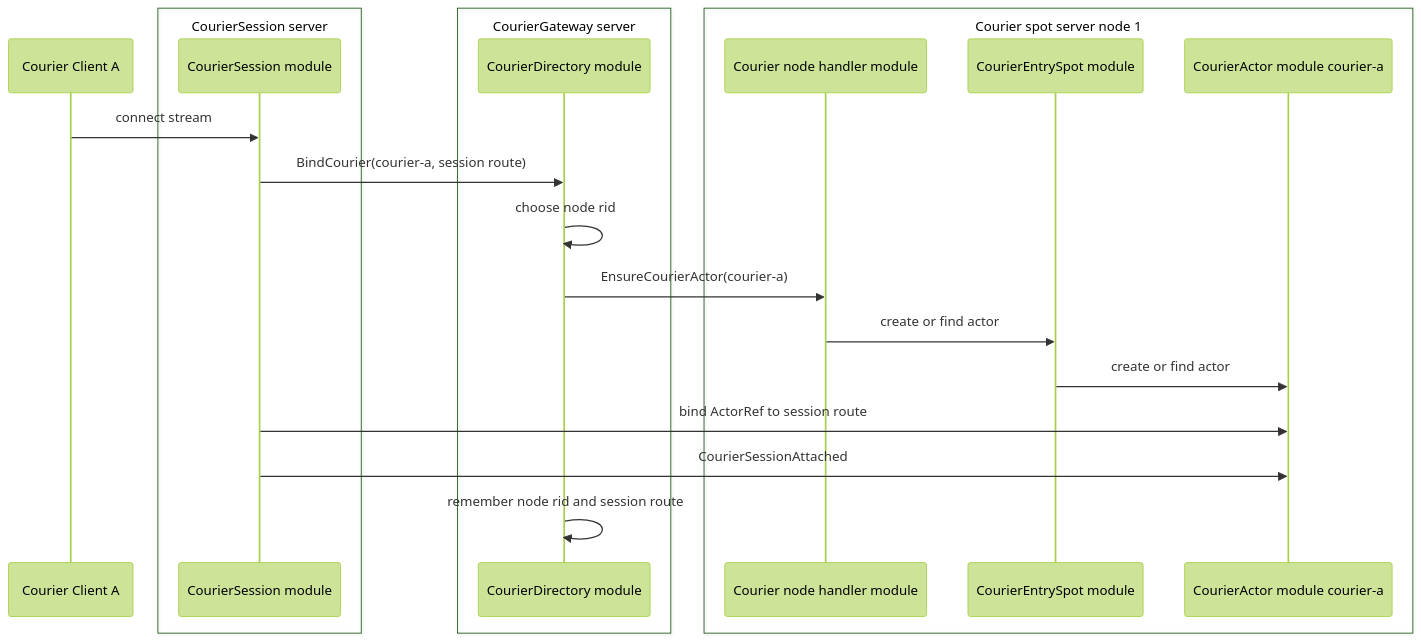
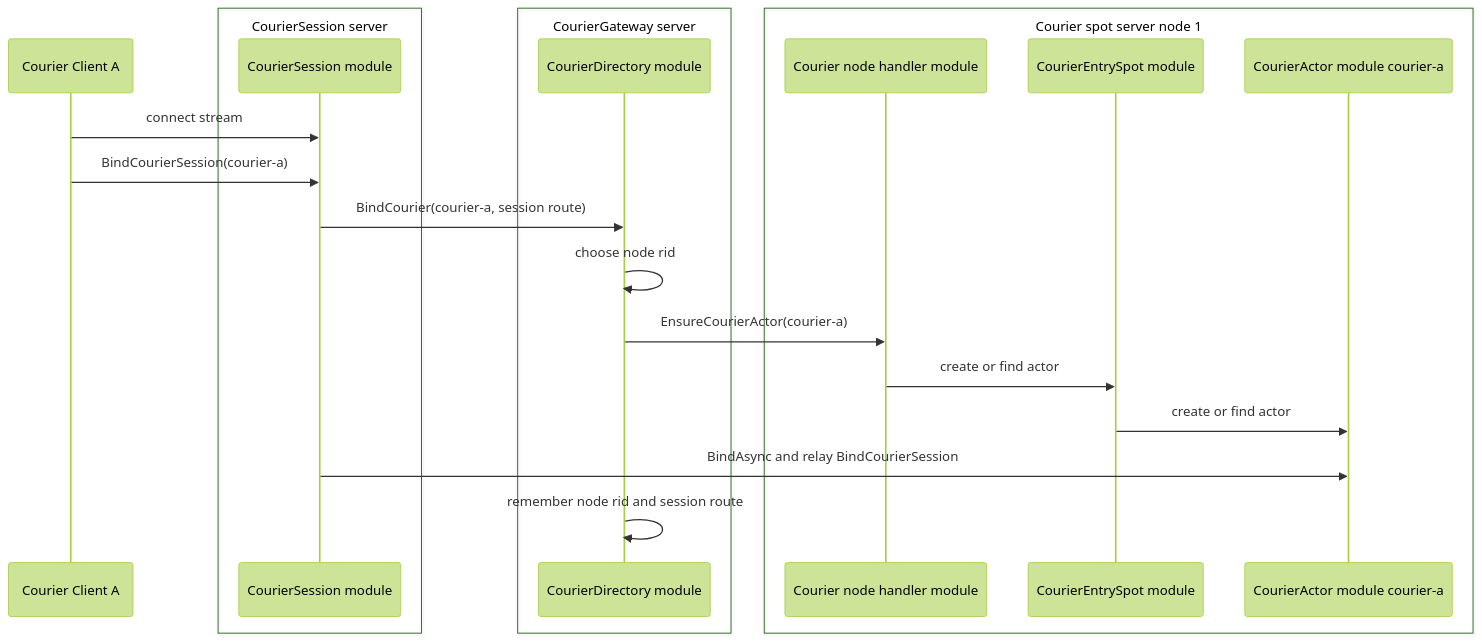
Before and after one commit to kairos-code-dev/zlink: the third of 4 diagrams in framework/languages/dotnet/samples/DeliveryDispatch/README.ko.md, drawn with Mermaid (forest theme). The commit also changed other lines of this file and 7 other files, not shown here.

````diff
--- a/framework/languages/dotnet/samples/DeliveryDispatch/README.ko.md
+++ b/framework/languages/dotnet/samples/DeliveryDispatch/README.ko.md
@@ -244,28 +245,28 @@
 ```mermaid
 sequenceDiagram
     participant CourierClient as Courier Client A
 
     box CourierSession server
         participant CourierSession as CourierSession module
     end
 
     box CourierGateway server
         participant CourierDirectory as CourierDirectory module
     end
 
     box Courier spot server node 1
         participant CourierRoute as Courier node handler module
         participant CourierEntry as CourierEntrySpot module
         participant CourierActor as CourierActor module courier-a
     end
 
     CourierClient->>CourierSession: connect stream
+    CourierClient->>CourierSession: BindCourierSession(courier-a)
     CourierSession->>CourierDirectory: BindCourier(courier-a, session route)
     CourierDirectory->>CourierDirectory: choose node rid
     CourierDirectory->>CourierRoute: EnsureCourierActor(courier-a)
     CourierRoute->>CourierEntry: create or find actor
     CourierEntry->>CourierActor: create or find actor
-    CourierSession->>CourierActor: bind ActorRef to session route
-    CourierSession->>CourierActor: CourierSessionAttached
+    CourierSession->>CourierActor: BindAsync and relay BindCourierSession
     CourierDirectory->>CourierDirectory: remember node rid and session route
 ```
````
